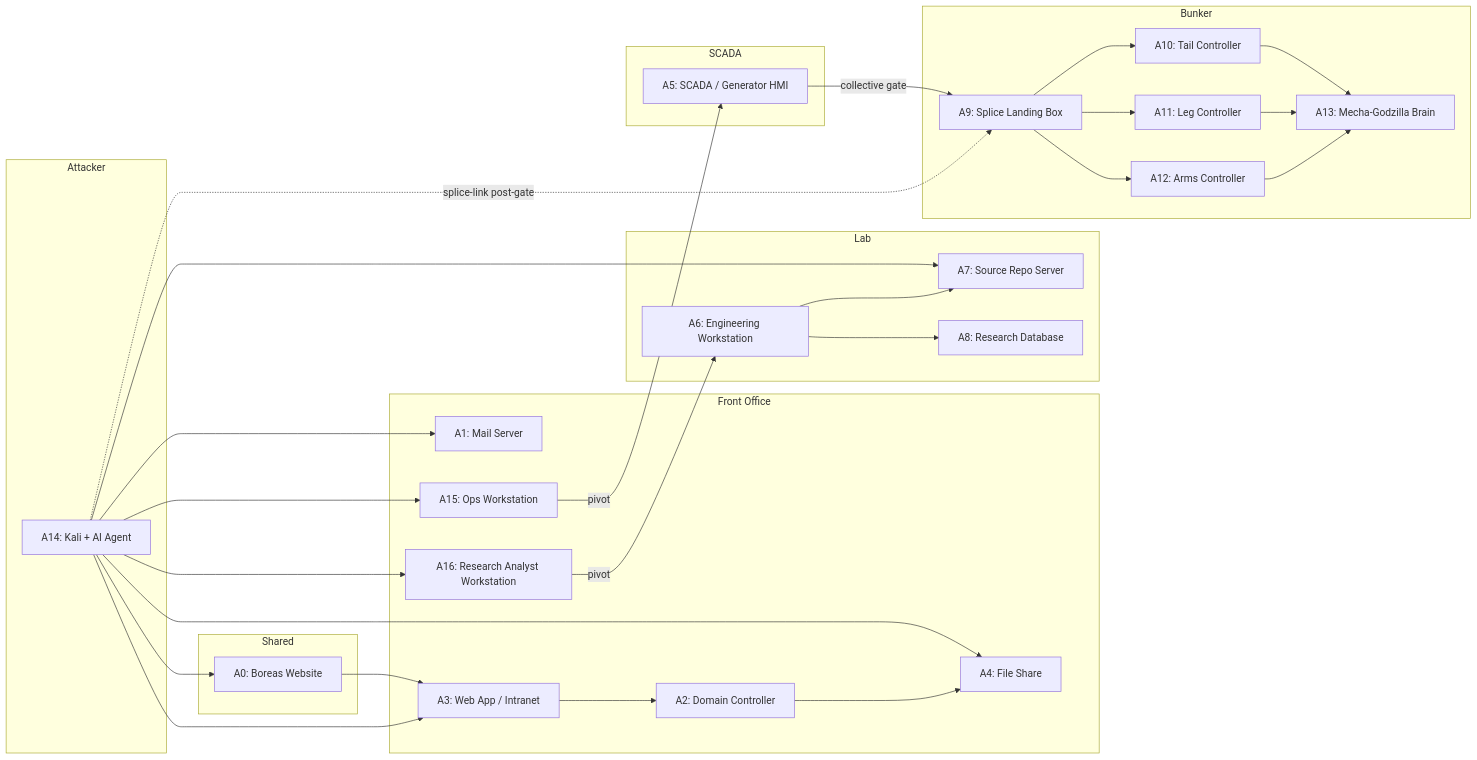
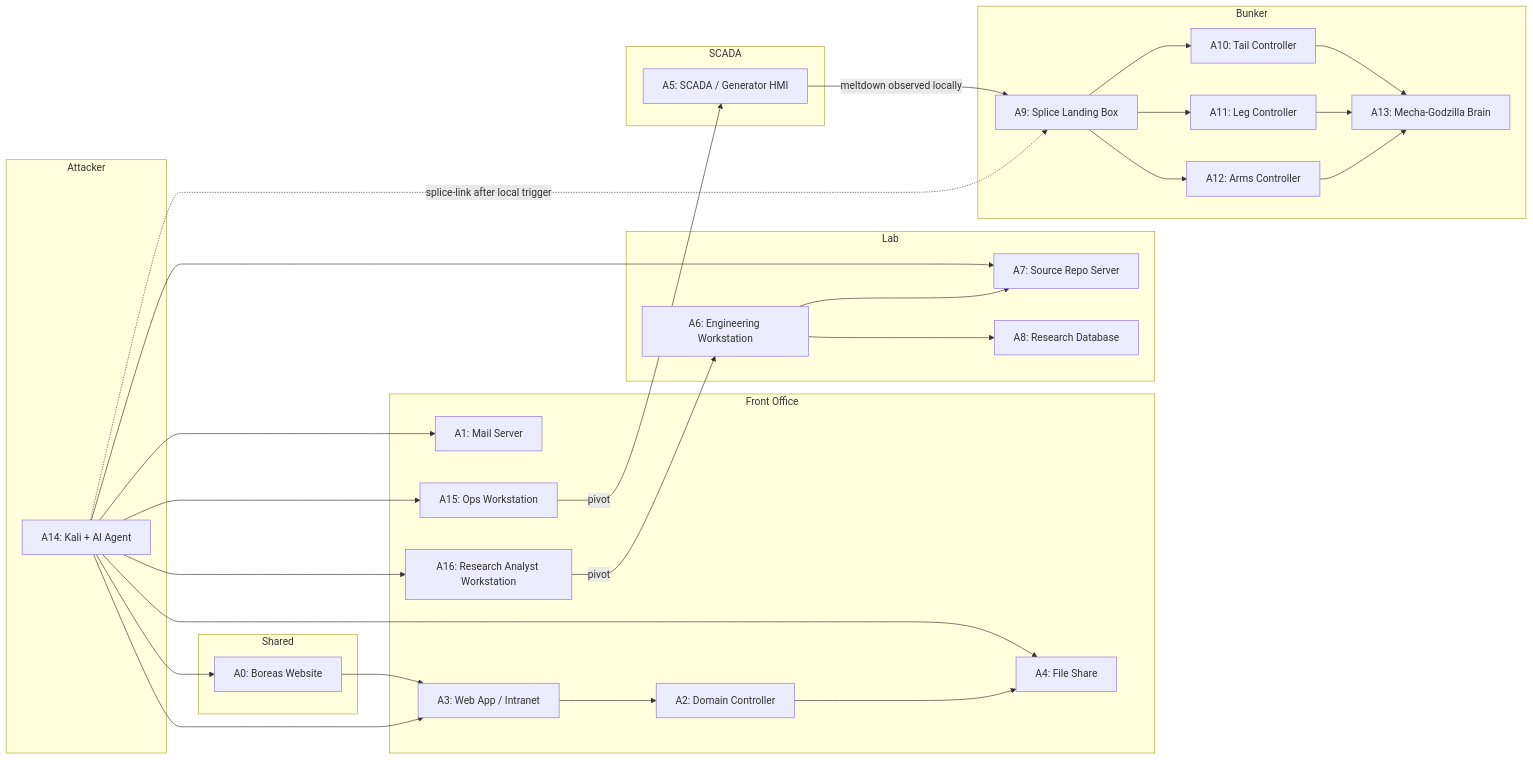
One commit to PaloAltoNetworks/shifter changed the second of 2 diagrams in scenario-dev/polaris/design/architecture.md. Above: the diagram before and after it, drawn with Mermaid. The commit also changed other lines of this file and 19 other files, not shown here.

````diff
--- a/scenario-dev/polaris/design/architecture.md
+++ b/scenario-dev/polaris/design/architecture.md
@@ -86,54 +88,54 @@
 ```mermaid
 graph LR
     subgraph Shared
         A0[A0: Boreas Website]
     end
     subgraph Front Office
         A1[A1: Mail Server]
         A2[A2: Domain Controller]
         A3[A3: Web App / Intranet]
         A4[A4: File Share]
         A15[A15: Ops Workstation]
         A16[A16: Research Analyst Workstation]
     end
     subgraph SCADA
         A5[A5: SCADA / Generator HMI]
     end
     subgraph Lab
         A6[A6: Engineering Workstation]
         A7[A7: Source Repo Server]
         A8[A8: Research Database]
     end
     subgraph Bunker
         A9[A9: Splice Landing Box]
         A10[A10: Tail Controller]
         A11[A11: Leg Controller]
         A12[A12: Arms Controller]
         A13[A13: Mecha-Godzilla Brain]
     end
     subgraph Attacker
         A14[A14: Kali + AI Agent]
     end
     A0 --> A3
     A14 --> A0
     A14 --> A1
     A14 --> A3
     A14 --> A4
     A14 --> A7
     A14 --> A15
     A14 --> A16
     A3 --> A2
     A2 --> A4
     A15 -->|pivot| A5
     A16 -->|pivot| A6
     A6 --> A7
     A6 --> A8
-    A5 -->|collective gate| A9
-    A14 -.->|splice-link post-gate| A9
+    A5 -->|meltdown observed locally| A9
+    A14 -.->|splice-link after local trigger| A9
     A9 --> A10
     A9 --> A11
     A9 --> A12
     A10 --> A13
     A11 --> A13
     A12 --> A13
 ```
````
